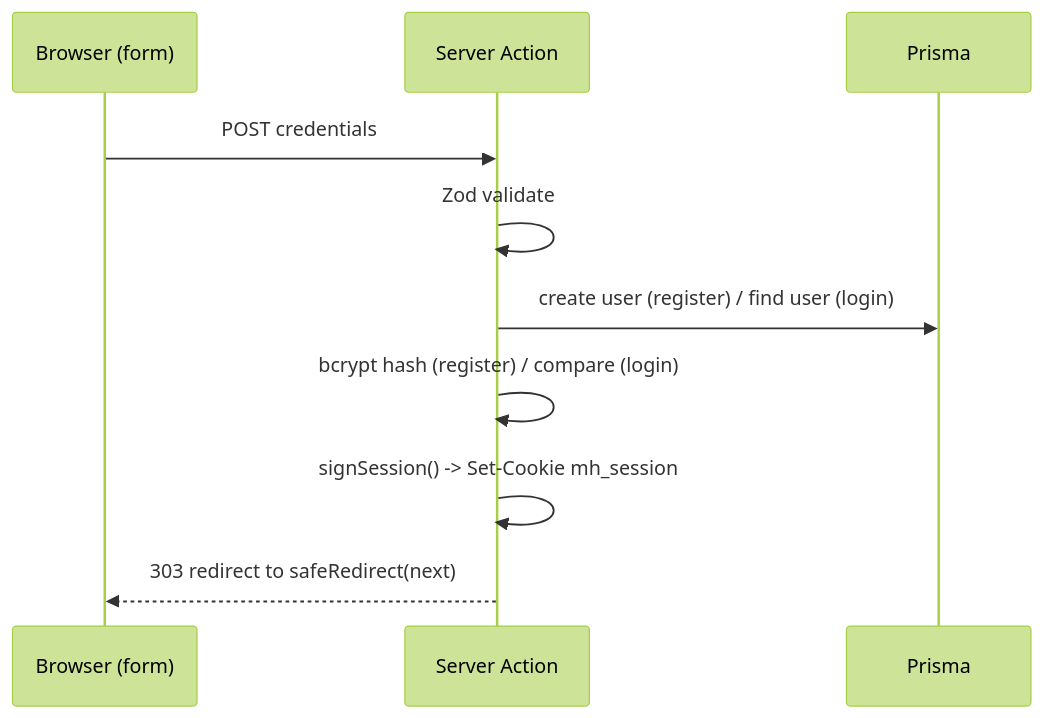
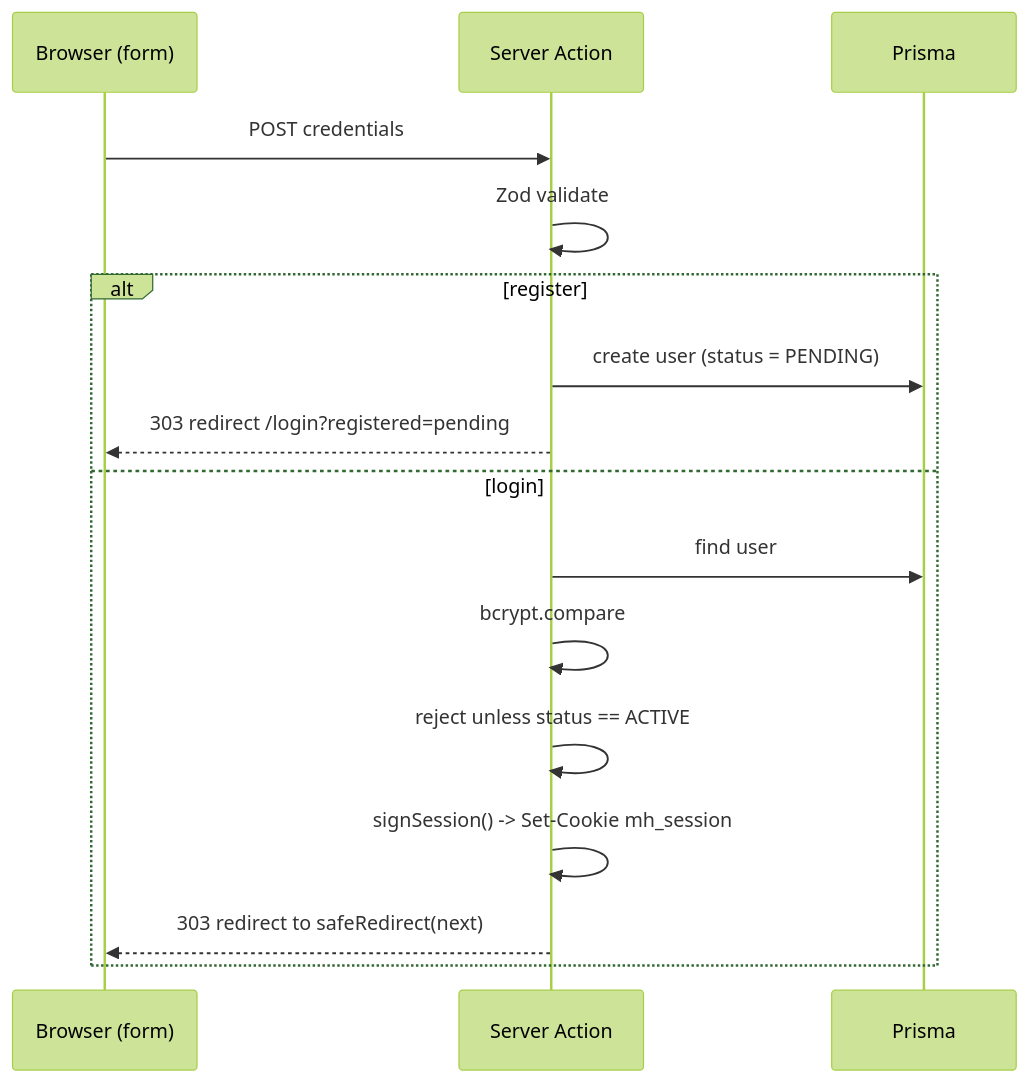
One commit to brijwanthjakhotia/model-hub changed the first of 2 diagrams in docs/authentication.md. Above: the diagram before and after it, drawn with Mermaid (forest theme). The commit also changed other lines of this file and 21 other files, not shown here.

First line of the commit message:
Add member account status with login gate and immediate cut-off

````diff
--- a/docs/authentication.md
+++ b/docs/authentication.md
@@ -76,12 +76,18 @@
 ```mermaid
 sequenceDiagram
   participant B as Browser (form)
   participant A as Server Action
   participant DB as Prisma
   B->>A: POST credentials
   A->>A: Zod validate
-  A->>DB: create user (register) / find user (login)
-  A->>A: bcrypt hash (register) / compare (login)
-  A->>A: signSession() -> Set-Cookie mh_session
-  A-->>B: 303 redirect to safeRedirect(next)
+  alt register
+    A->>DB: create user (status = PENDING)
+    A-->>B: 303 redirect /login?registered=pending
+  else login
+    A->>DB: find user
+    A->>A: bcrypt.compare
+    A->>A: reject unless status == ACTIVE
+    A->>A: signSession() -> Set-Cookie mh_session
+    A-->>B: 303 redirect to safeRedirect(next)
+  end
 ```
````
